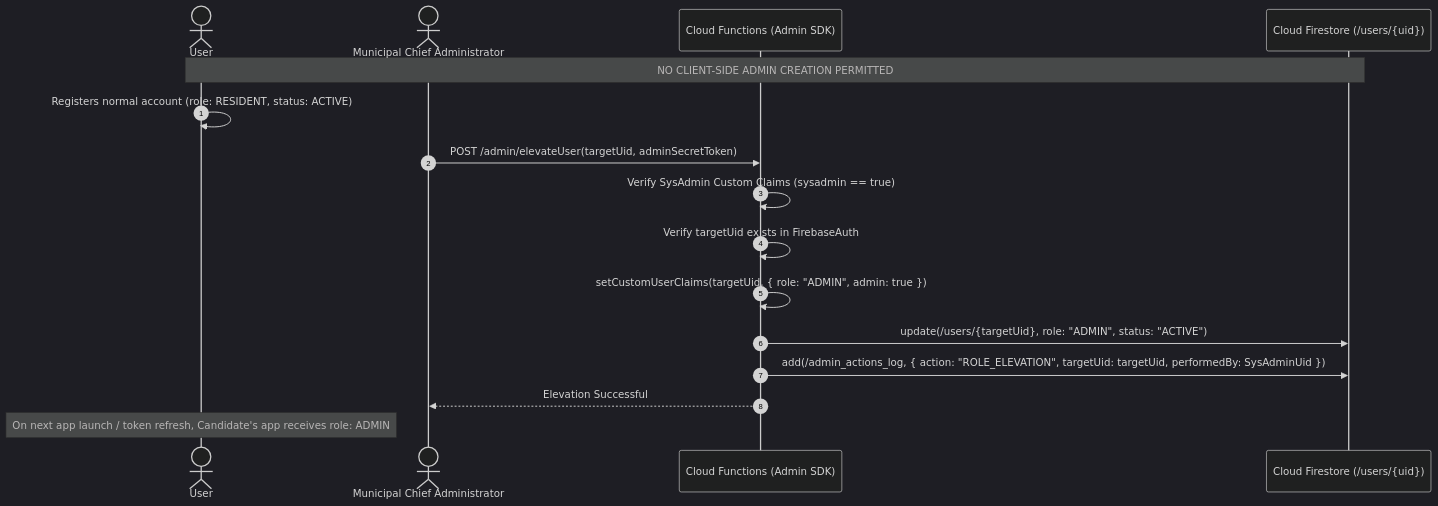
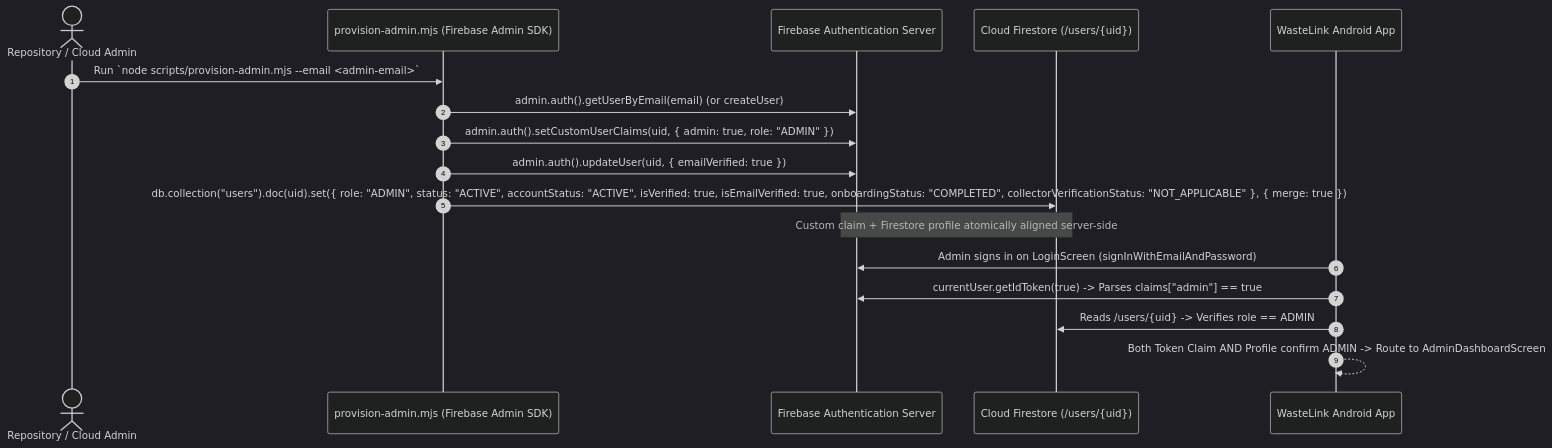
One commit to collinobeid/wastelink changed the seventh of 9 diagrams in docs/MODULE_1_AUTH_ARCHITECTURE.md. Above: the diagram before and after it, drawn with Mermaid (dark theme). The commit also changed other lines of this file, not shown here.

Commit message:
docs(module-1): revise authentication architecture and security design (v2.0)

````diff
--- a/docs/MODULE_1_AUTH_ARCHITECTURE.md
+++ b/docs/MODULE_1_AUTH_ARCHITECTURE.md
@@ -422,20 +566,20 @@
 ```mermaid
 sequenceDiagram
     autonumber
-    actor Candidate as User
-    actor SysAdmin as Municipal Chief Administrator
-    participant Cloud as Cloud Functions (Admin SDK)
-    participant FS as Cloud Firestore (/users/{uid})
+    actor DevOps as Repository / Cloud Admin
+    participant Script as provision-admin.mjs (Firebase Admin SDK)
+    participant Auth as Firebase Authentication Server
+    participant DB as Cloud Firestore (/users/{uid})
+    participant App as WasteLink Android App
 
-    Note over Candidate, FS: NO CLIENT-SIDE ADMIN CREATION PERMITTED
-    Candidate->>Candidate: Registers normal account (role: RESIDENT, status: ACTIVE)
-    SysAdmin->>Cloud: POST /admin/elevateUser(targetUid, adminSecretToken)
-    Cloud->>Cloud: Verify SysAdmin Custom Claims (sysadmin == true)
-    Cloud->>Cloud: Verify targetUid exists in FirebaseAuth
-    Cloud->>Cloud: setCustomUserClaims(targetUid, { role: "ADMIN", admin: true })
-    Cloud->>FS: update(/users/{targetUid}, role: "ADMIN", status: "ACTIVE")
-    Cloud->>FS: add(/admin_actions_log, { action: "ROLE_ELEVATION", targetUid: targetUid, performedBy: SysAdminUid })
-    Cloud-->>SysAdmin: Elevation Successful
-    
-    Note over Candidate: On next app launch / token refresh, Candidate's app receives role: ADMIN
+    DevOps->>Script: Run `node scripts/provision-admin.mjs --email <admin-email>`
+    Script->>Auth: admin.auth().getUserByEmail(email) (or createUser)
+    Script->>Auth: admin.auth().setCustomUserClaims(uid, { admin: true, role: "ADMIN" })
+    Script->>Auth: admin.auth().updateUser(uid, { emailVerified: true })
+    Script->>DB: db.collection("users").doc(uid).set({ role: "ADMIN", status: "ACTIVE", accountStatus: "ACTIVE", isVerified: true, isEmailVerified: true, onboardingStatus: "COMPLETED", collectorVerificationStatus: "NOT_APPLICABLE" }, { merge: true })
+    Note over Auth,DB: Custom claim + Firestore profile atomically aligned server-side
+    App->>Auth: Admin signs in on LoginScreen (signInWithEmailAndPassword)
+    App->>Auth: currentUser.getIdToken(true) -> Parses claims["admin"] == true
+    App->>DB: Reads /users/{uid} -> Verifies role == ADMIN
+    App-->>App: Both Token Claim AND Profile confirm ADMIN -> Route to AdminDashboardScreen
 ```
````
